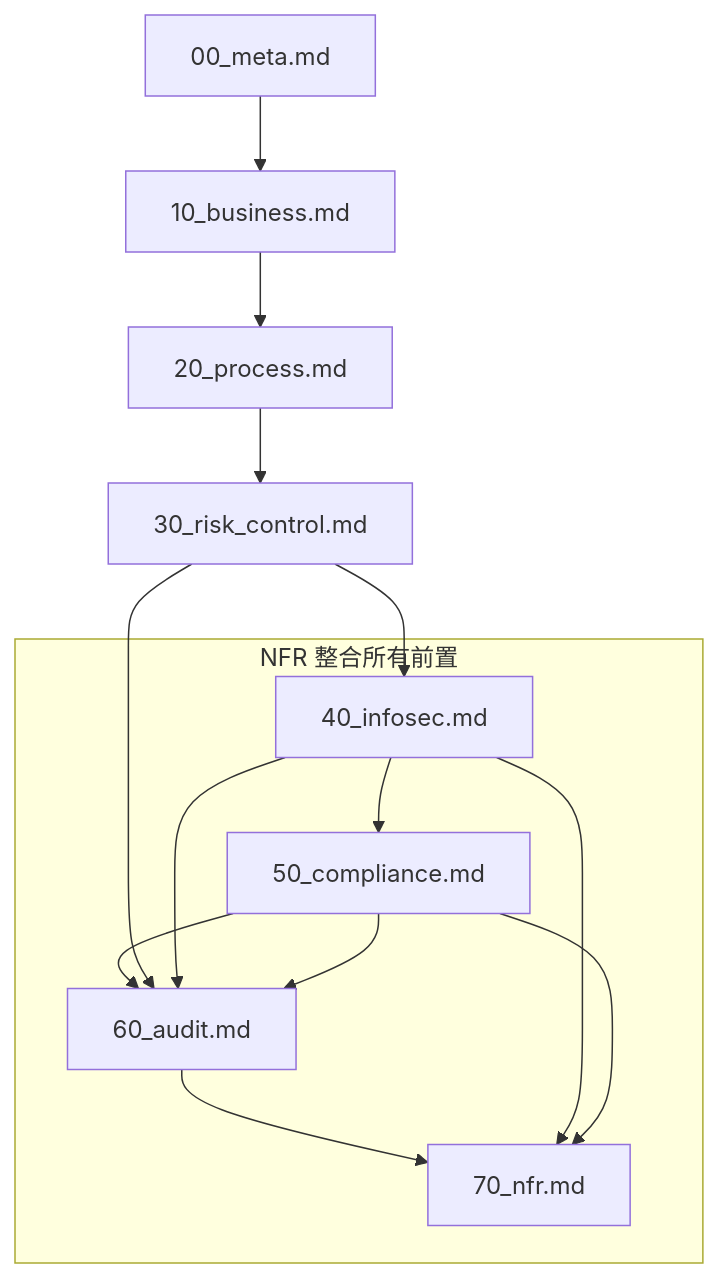
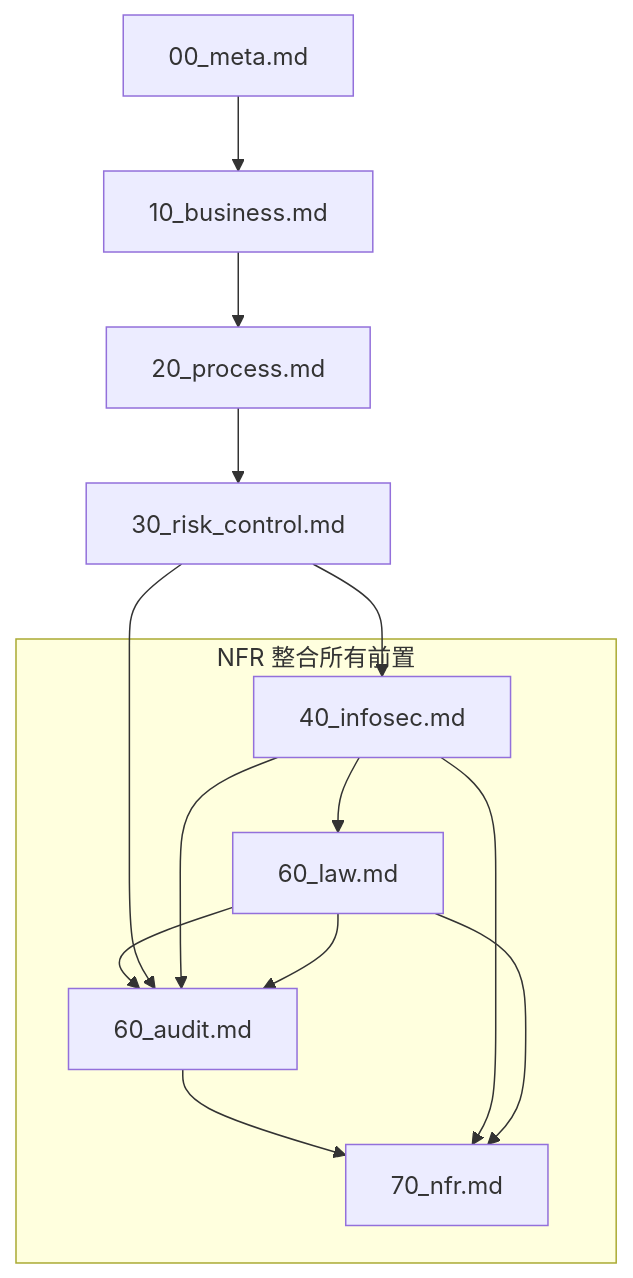
Before and after one commit to ro9er117911/SDD_kit: the diagram in .claude/commands/speckit.review.md, drawn with Mermaid. The commit also changed other lines of this file and 50 other files, not shown here.

````diff
--- a/.claude/commands/speckit.review.md
+++ b/.claude/commands/speckit.review.md
@@ -72,17 +72,17 @@
 ```mermaid
 graph TD
     A[00_meta.md] --> B[10_business.md]
     B --> C[20_process.md]
     C --> D[30_risk_control.md]
     D --> E[40_infosec.md]
-    E --> F[50_compliance.md]
+    E --> F[60_law.md]
     F --> G[60_audit.md]
     D --> G
     E --> G
     F --> G
     subgraph "NFR 整合所有前置"
     G --> H[70_nfr.md]
     E --> H
     F --> H
     end
 ```
````
